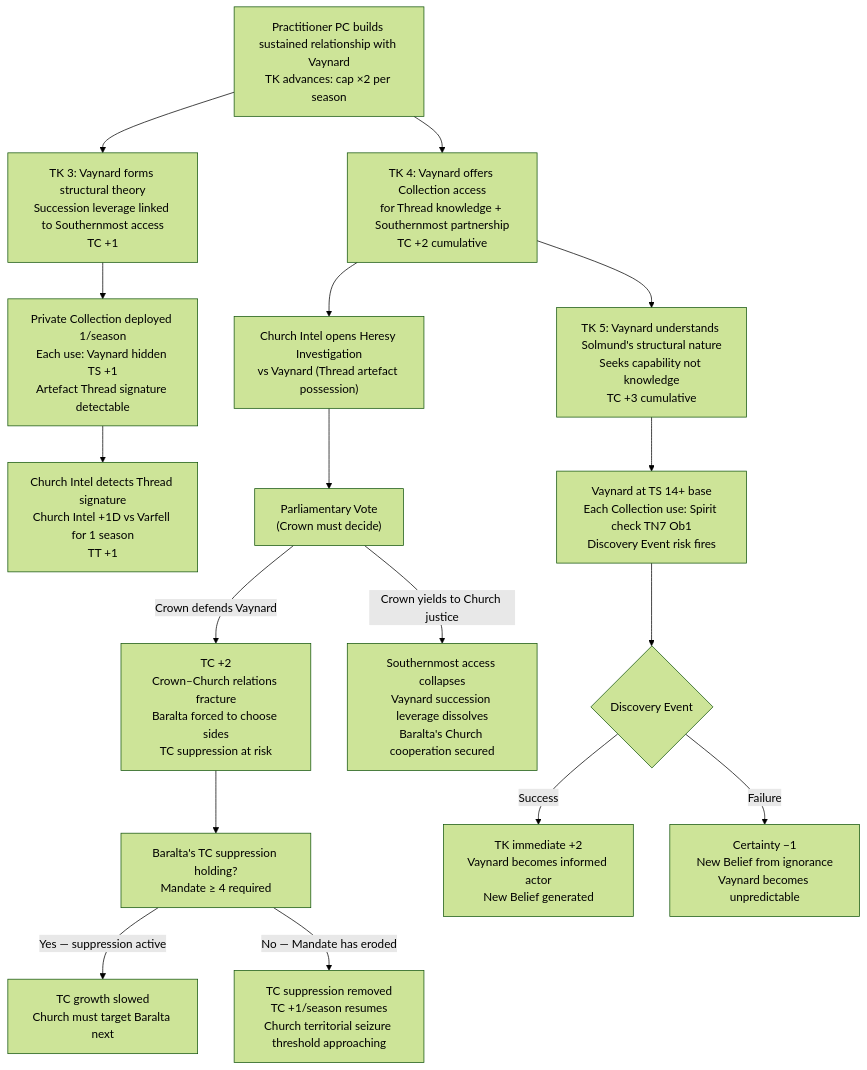
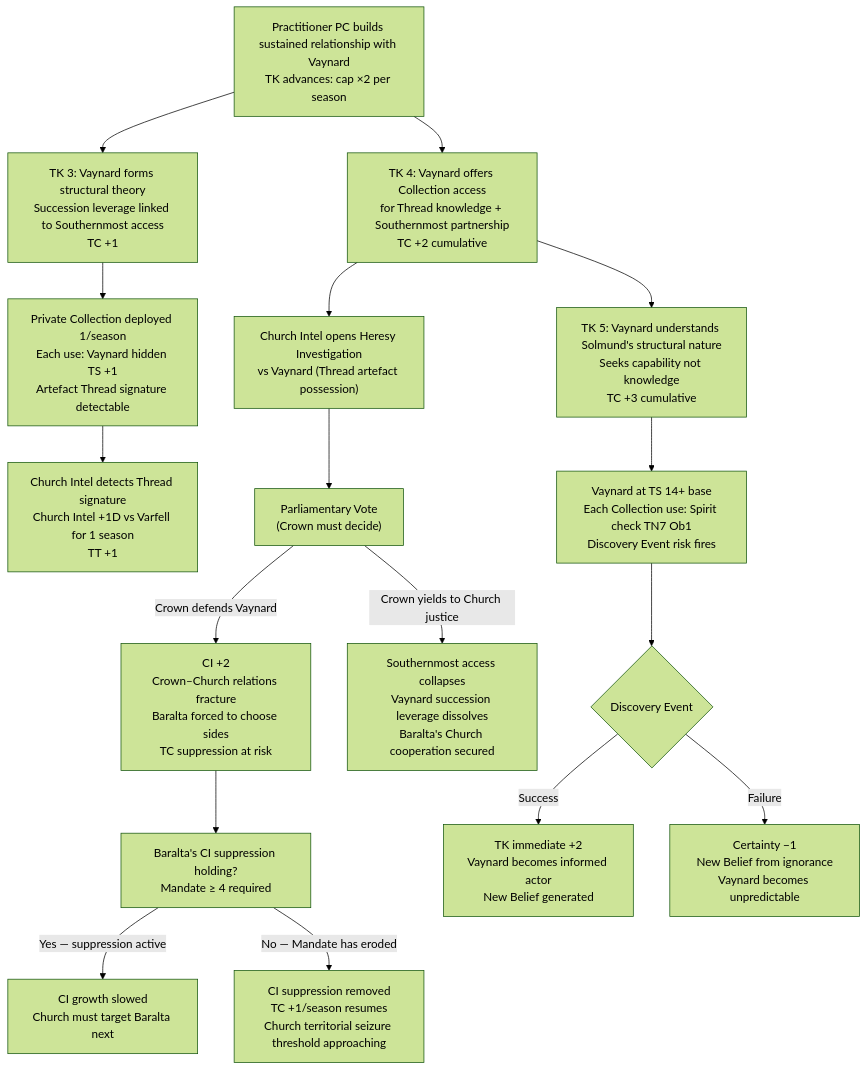
Before and after one commit to jordanelias/ttrpg: the second of 4 diagrams in designs/arcs/emergent_campaign_arcs.md, drawn with Mermaid (forest theme). The commit also changed other lines of this file and 59 other files, not shown here.

````diff
--- a/designs/arcs/emergent_campaign_arcs.md
+++ b/designs/arcs/emergent_campaign_arcs.md
@@ -65,19 +65,19 @@
 ```mermaid
 flowchart TD
     A["Practitioner PC builds sustained relationship with Vaynard\nTK advances: cap ×2 per season"] --> B["TK 3: Vaynard forms structural theory\nSuccession leverage linked to Southernmost access\nTC +1"]
     B --> C["Private Collection deployed 1/season\nEach use: Vaynard hidden TS +1\nArtefact Thread signature detectable"]
     C --> D["Church Intel detects Thread signature\nChurch Intel +1D vs Varfell for 1 season\nTT +1"]
     A --> E["TK 4: Vaynard offers Collection access\nfor Thread knowledge + Southernmost partnership\nTC +2 cumulative"]
     E --> F["Church Intel opens Heresy Investigation\nvs Vaynard (Thread artefact possession)"]
     F --> G["Parliamentary Vote\n(Crown must decide)"]
-    G -->|"Crown defends Vaynard"| H["TC +2\nCrown–Church relations fracture\nBaralta forced to choose sides\nTC suppression at risk"]
+    G -->|"Crown defends Vaynard"| H["CI +2\nCrown–Church relations fracture\nBaralta forced to choose sides\nTC suppression at risk"]
     G -->|"Crown yields to Church justice"| I["Southernmost access collapses\nVaynard succession leverage dissolves\nBaralta's Church cooperation secured"]
-    H --> J["Baralta's TC suppression holding?\nMandate ≥ 4 required"]
-    J -->|"Yes — suppression active"| K["TC growth slowed\nChurch must target Baralta next"]
-    J -->|"No — Mandate has eroded"| L["TC suppression removed\nTC +1/season resumes\nChurch territorial seizure threshold approaching"]
+    H --> J["Baralta's CI suppression holding?\nMandate ≥ 4 required"]
+    J -->|"Yes — suppression active"| K["CI growth slowed\nChurch must target Baralta next"]
+    J -->|"No — Mandate has eroded"| L["CI suppression removed\nTC +1/season resumes\nChurch territorial seizure threshold approaching"]
     E --> M["TK 5: Vaynard understands Solmund's structural nature\nSeeks capability not knowledge\nTC +3 cumulative"]
     M --> N["Vaynard at TS 14+ base\nEach Collection use: Spirit check TN7 Ob1\nDiscovery Event risk fires"]
     N --> O{"Discovery Event"}
     O -->|"Success"| P["TK immediate +2\nVaynard becomes informed actor\nNew Belief generated"]
     O -->|"Failure"| Q["Certainty −1\nNew Belief from ignorance\nVaynard becomes unpredictable"]
 ```
````
